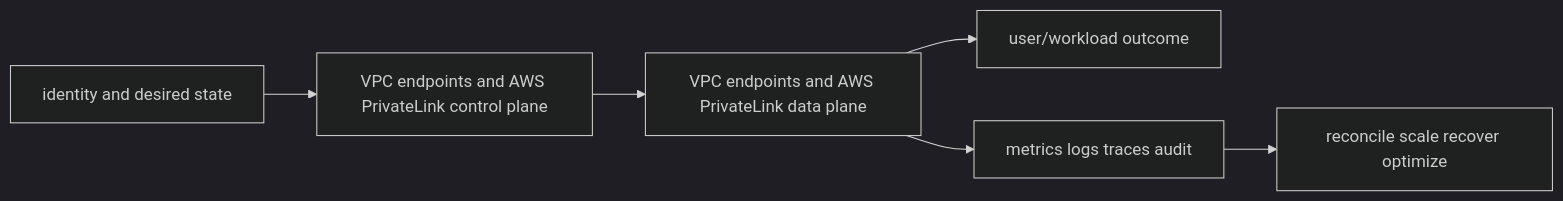
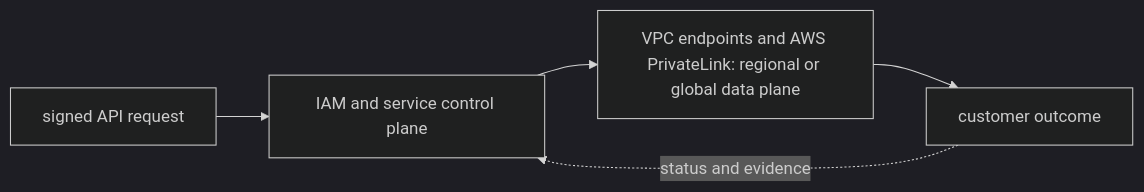
One commit to tomkidumbuyo/DevOps-interview-preparation changed the diagram in 07-aws/02-networking/04-endpoints-privatelink/README.md. Above: the diagram before and after it, drawn with Mermaid (dark theme). The commit also changed other lines of this file and 753 other files, not shown here.

````diff
--- a/07-aws/02-networking/04-endpoints-privatelink/README.md
+++ b/07-aws/02-networking/04-endpoints-privatelink/README.md
@@ -19,8 +31,7 @@
 ```mermaid
 flowchart LR
-  I[identity and desired state] --> C[VPC endpoints and AWS PrivateLink control plane]
-  C --> D[VPC endpoints and AWS PrivateLink data plane]
-  D --> U[user/workload outcome]
-  D --> O[metrics logs traces audit]
-  O --> R[reconcile scale recover optimize]
+  A["signed API request"] --> B["IAM and service control plane"]
+  B --> C["VPC endpoints and AWS PrivateLink: regional or global data plane"]
+  C --> D["customer outcome"]
+  D -. "status and evidence" .-> B
 ```
````
